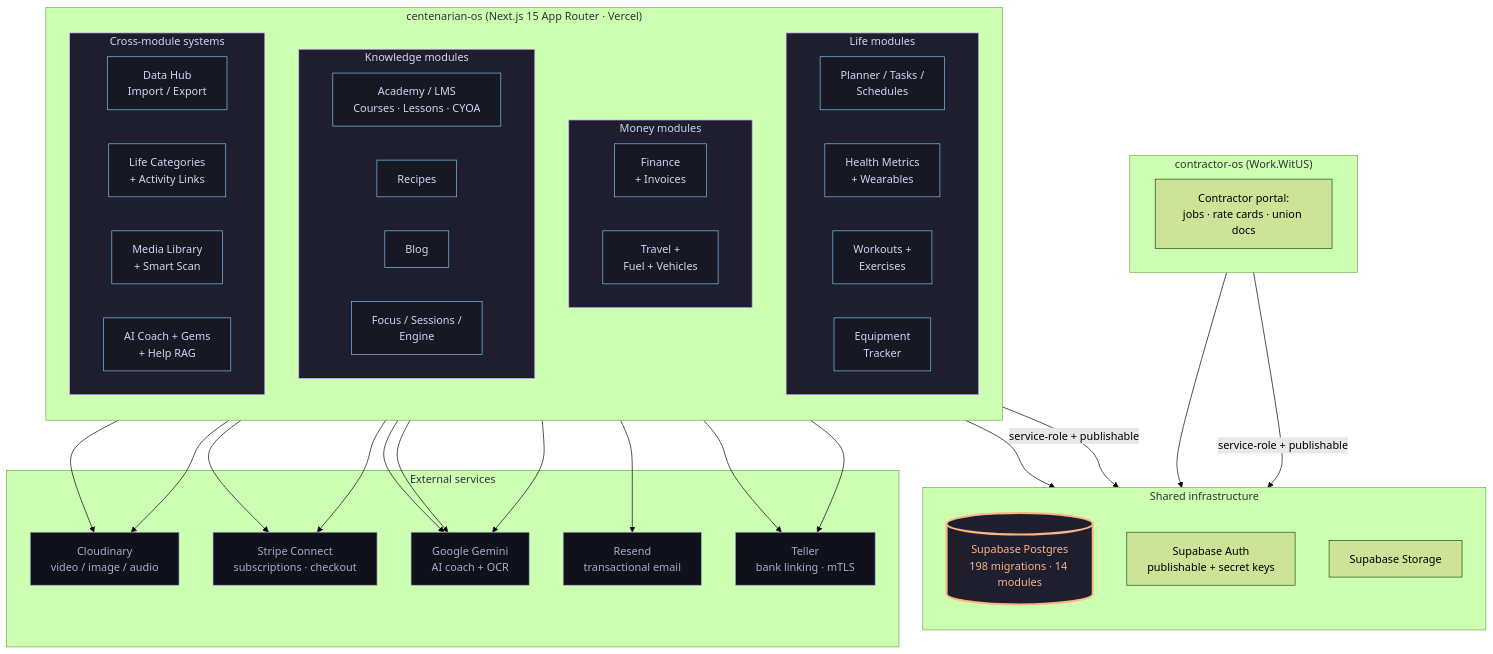
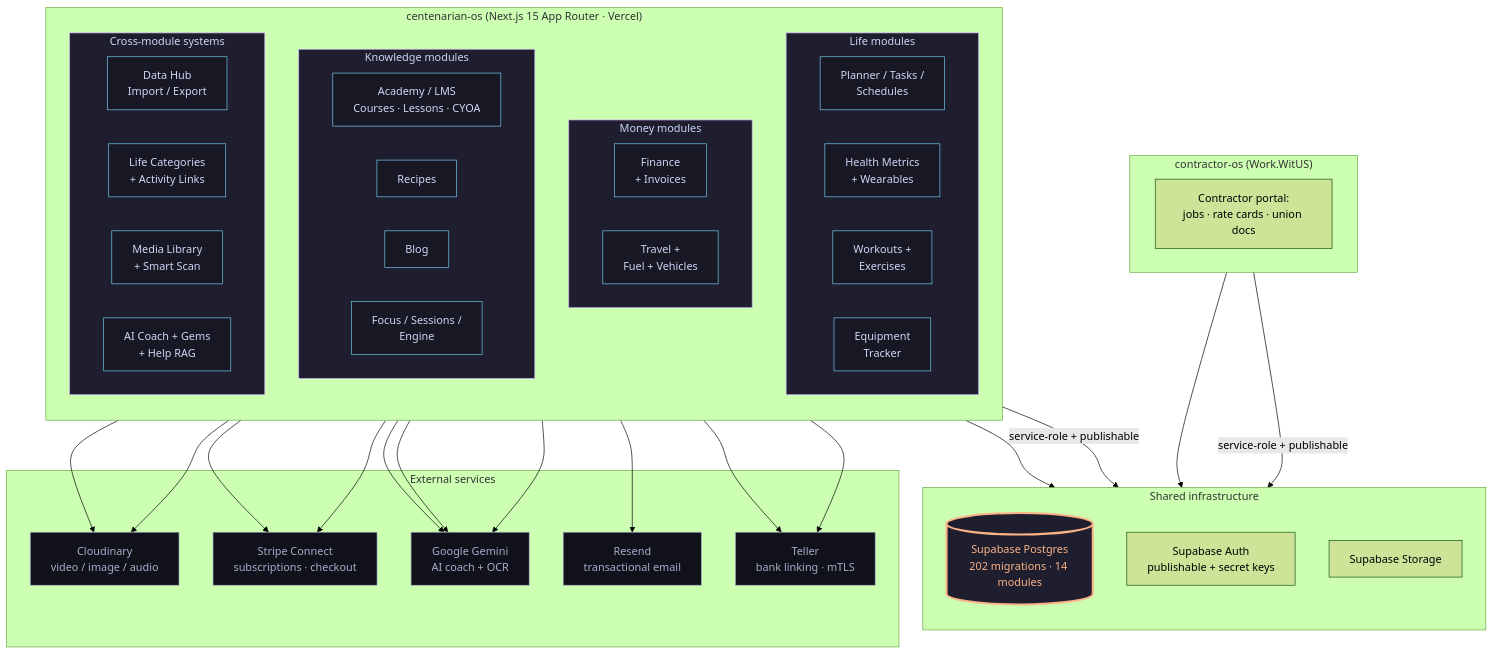
Before and after one commit to dapperAuteur/centenarian-os: the first of 2 diagrams in ARCHITECTURE.md, drawn with Mermaid (forest theme). The commit also changed other lines of this file and 2 other files, not shown here.

Commit message:
docs: correct the migration count to 202
README, MIGRATIONS.md and ARCHITECTURE.md said 198. main already had 201
files (ls supabase/migrations/*.sql | wc -l), and this bundle adds
200_roadmap_system_kind.sql. 199 is a gap: the removed trigger rollback.

````diff
--- a/ARCHITECTURE.md
+++ b/ARCHITECTURE.md
@@ -14,79 +14,79 @@
 ```mermaid
 flowchart TB
   classDef shell fill:#1e1e2e,stroke:#cba6f7,color:#cdd6f4
   classDef module fill:#181825,stroke:#74c7ec,color:#cdd6f4
   classDef shared fill:#1e1e2e,stroke:#fab387,color:#fab387,stroke-width:3px
   classDef external fill:#11111b,stroke:#a6adc8,color:#a6adc8
 
   subgraph CentOS["centenarian-os (Next.js 15 App Router · Vercel)"]
     direction TB
 
     subgraph Life["Life modules"]
       direction LR
       Planner[Planner / Tasks /<br/>Schedules]
       Health[Health Metrics<br/>+ Wearables]
       Workouts[Workouts +<br/>Exercises]
       Equipment[Equipment<br/>Tracker]
     end
 
     subgraph Money["Money modules"]
       direction LR
       Finance[Finance<br/>+ Invoices]
       Travel[Travel +<br/>Fuel + Vehicles]
     end
 
     subgraph Knowledge["Knowledge modules"]
       direction LR
       Academy[Academy / LMS<br/>Courses · Lessons · CYOA]
       Recipes[Recipes]
       Blog[Blog]
       Focus[Focus / Sessions /<br/>Engine]
     end
 
     subgraph Cross["Cross-module systems"]
       direction LR
       DataHub[Data Hub<br/>Import / Export]
       Categories[Life Categories<br/>+ Activity Links]
       MediaLib[Media Library<br/>+ Smart Scan]
       Coach[AI Coach + Gems<br/>+ Help RAG]
     end
   end
 
   subgraph Shared["Shared infrastructure"]
     direction TB
-    Supabase[(Supabase Postgres<br/>198 migrations · 14 modules)]:::shared
+    Supabase[(Supabase Postgres<br/>202 migrations · 14 modules)]:::shared
     SupaAuth[Supabase Auth<br/>publishable + secret keys]
     SupaStorage[Supabase Storage]
   end
 
   subgraph Sibling["contractor-os (Work.WitUS)"]
     Contractor[Contractor portal:<br/>jobs · rate cards · union docs]
   end
 
   subgraph External["External services"]
     Cloudinary[Cloudinary<br/>video / image / audio]
     Stripe[Stripe Connect<br/>subscriptions · checkout]
     Gemini[Google Gemini<br/>AI coach + OCR]
     Resend[Resend<br/>transactional email]
     Teller[Teller<br/>bank linking · mTLS]
   end
 
   CentOS -->|service-role + publishable| Supabase
   Sibling -->|service-role + publishable| Supabase
   CentOS --> SupaAuth
   Sibling --> SupaAuth
   CentOS --> Cloudinary
   CentOS --> Stripe
   CentOS --> Gemini
   CentOS --> Resend
   CentOS --> Teller
   Coach --> Gemini
   MediaLib --> Cloudinary
   MediaLib --> Gemini
   Finance --> Teller
   Finance --> Stripe
 
   class Life,Money,Knowledge,Cross shell
   class Planner,Health,Workouts,Equipment,Finance,Travel,Academy,Recipes,Blog,Focus,DataHub,Categories,MediaLib,Coach module
   class Cloudinary,Stripe,Gemini,Resend,Teller external
 ```
````
